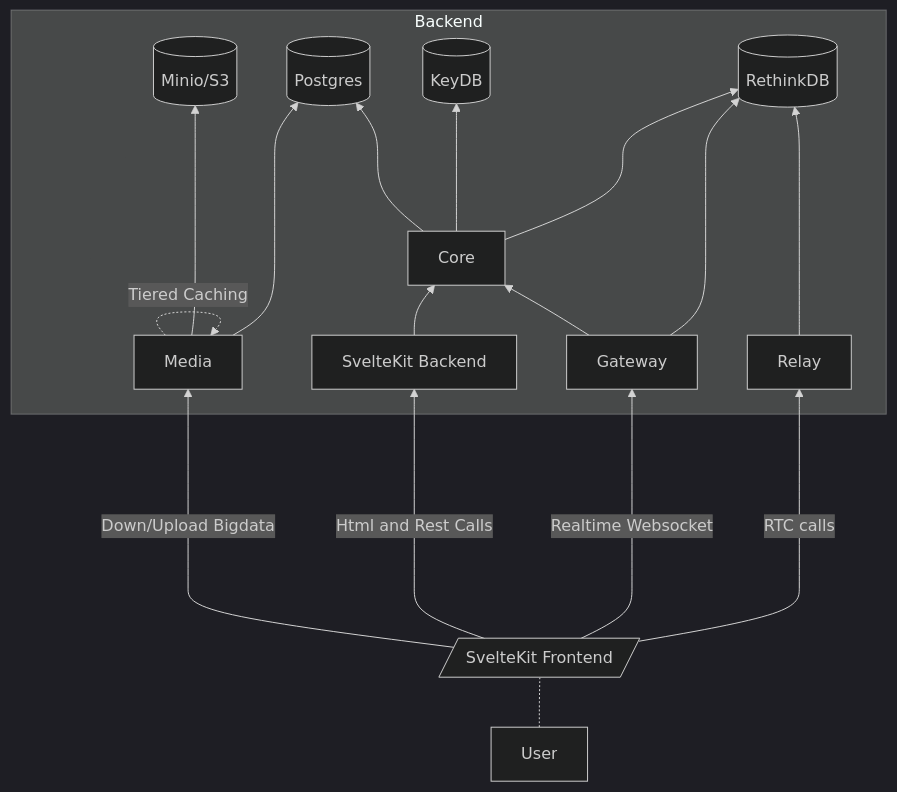
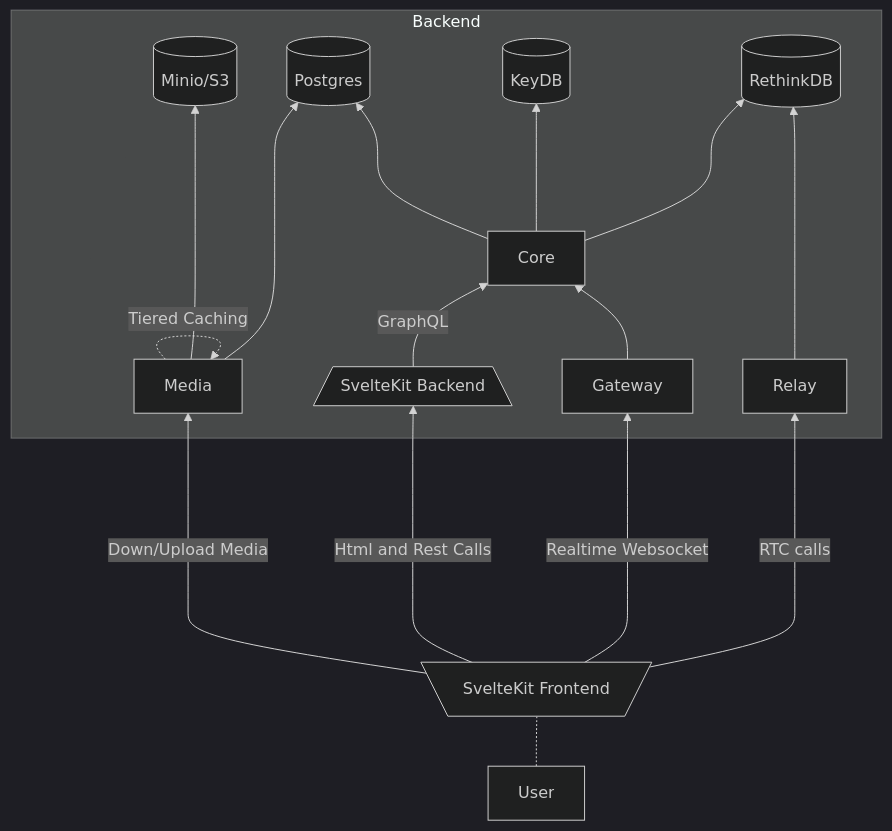
One commit to Phyrone/project-kiwi changed the diagram in page/docs/999_developement/architecture.md. Above: the diagram before and after it, drawn with Mermaid (dark theme). The commit also changed 45 other files, not shown here.

````diff
--- a/page/docs/999_developement/architecture.md
+++ b/page/docs/999_developement/architecture.md
@@ -9,30 +9,30 @@
 ```mermaid
 flowchart BT
     subgraph Backend
         minio[(Minio/S3)]
         postgres[(Postgres)]
         keydb[(KeyDB)]
         rethinkdb[(RethinkDB)]
         core[Core]
         gateway[Gateway]
         relay[Relay]
         media[Media]
-        sveltekit_backend[SvelteKit Backend]
+        sveltekit_backend[/SvelteKit Backend\]
     %% Backend Connections
         media .-> |Tiered Caching| media 
         media --> postgres
         core ---> postgres & keydb & rethinkdb
-        sveltekit_backend --> core
-        gateway --> core & rethinkdb
+        sveltekit_backend -->|GraphQL| core
+        gateway --> core 
         relay ----> rethinkdb
         media ----> minio
     end
 
-    svletekit_frontend[/SvelteKit Frontend/]
+    svletekit_frontend[\SvelteKit Frontend/]
     svletekit_frontend -->|Html and Rest Calls| sveltekit_backend
     svletekit_frontend -->|Realtime Websocket| gateway
     svletekit_frontend -->|RTC calls| relay
-    svletekit_frontend ----->|Down/Upload Bigdata| media
+    svletekit_frontend ----->|Down/Upload Media| media
     user[User]
     user .- svletekit_frontend
 ```
````
